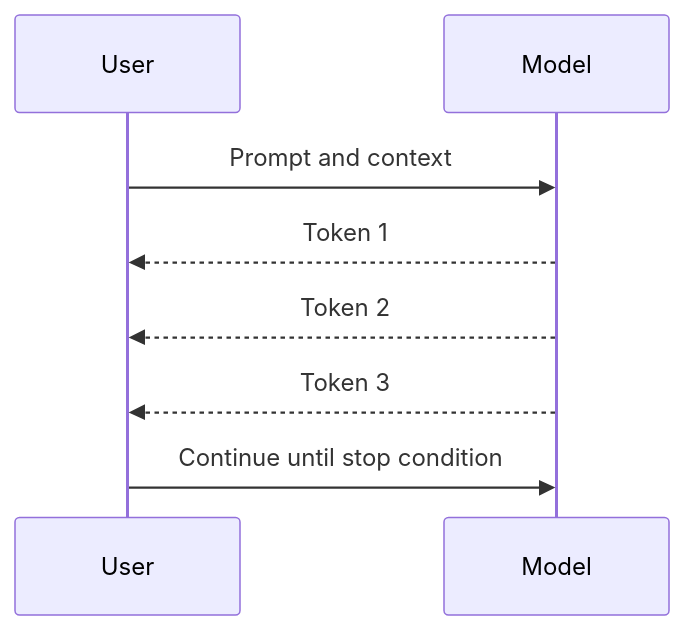
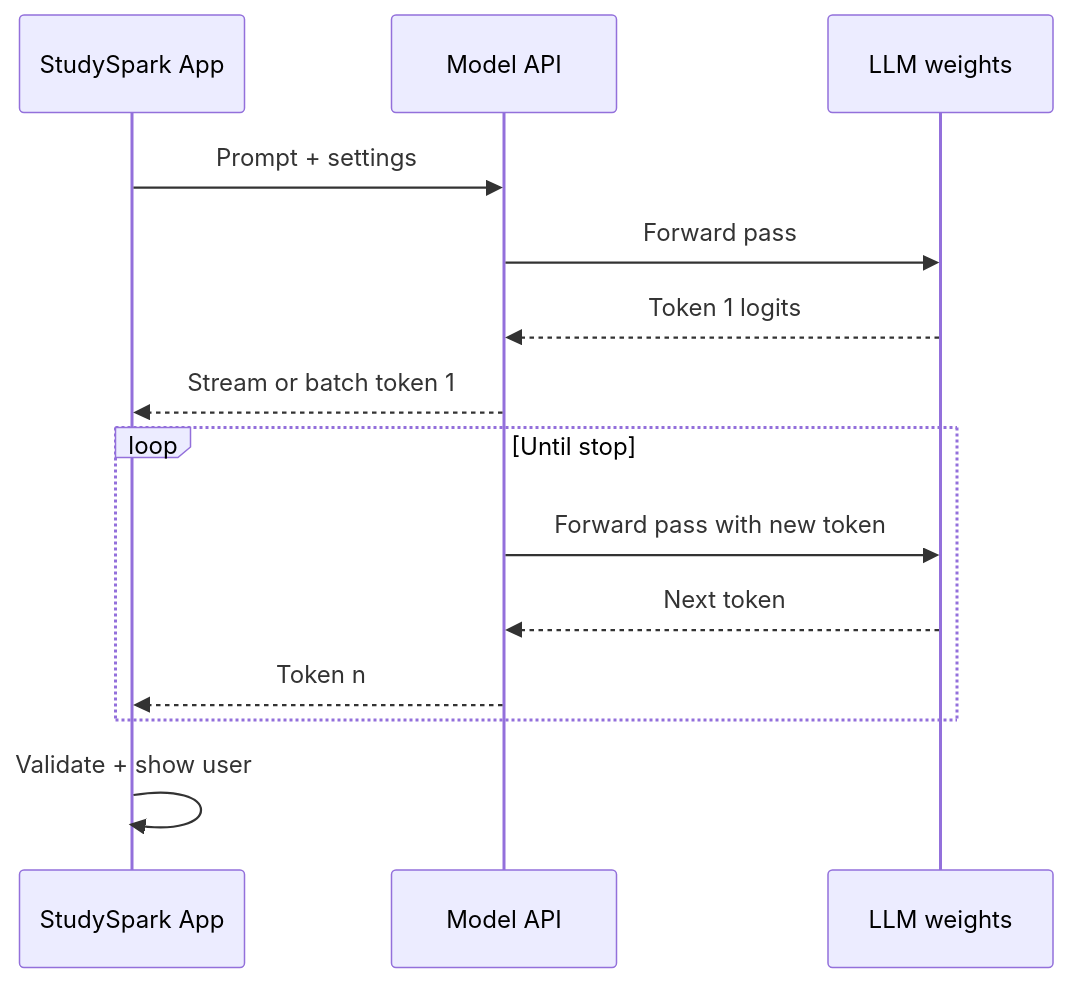
The sixth of 12 diagrams in day_02/day_02_how_large_language_models_work.md (Asabeneh/30-Days-Of-AI-Engineering), drawn with Mermaid before and after one commit. The commit also changed other lines of this file and 49 other files, not shown here.

````diff
--- a/day_02/day_02_how_large_language_models_work.md
+++ b/day_02/day_02_how_large_language_models_work.md
@@ -141,11 +292,17 @@
 ```mermaid
 sequenceDiagram
-        participant U as User
-        participant M as Model
+    participant App as StudySpark App
+    participant API as Model API
+    participant M as LLM weights
 
-        U->>M: Prompt and context
-        M-->>U: Token 1
-        M-->>U: Token 2
-        M-->>U: Token 3
-        U->>M: Continue until stop condition
+    App->>API: Prompt + settings
+    API->>M: Forward pass
+    M-->>API: Token 1 logits
+    API-->>App: Stream or batch token 1
+    loop Until stop
+        API->>M: Forward pass with new token
+        M-->>API: Next token
+        API-->>App: Token n
+    end
+    App->>App: Validate + show user
 ```
````
